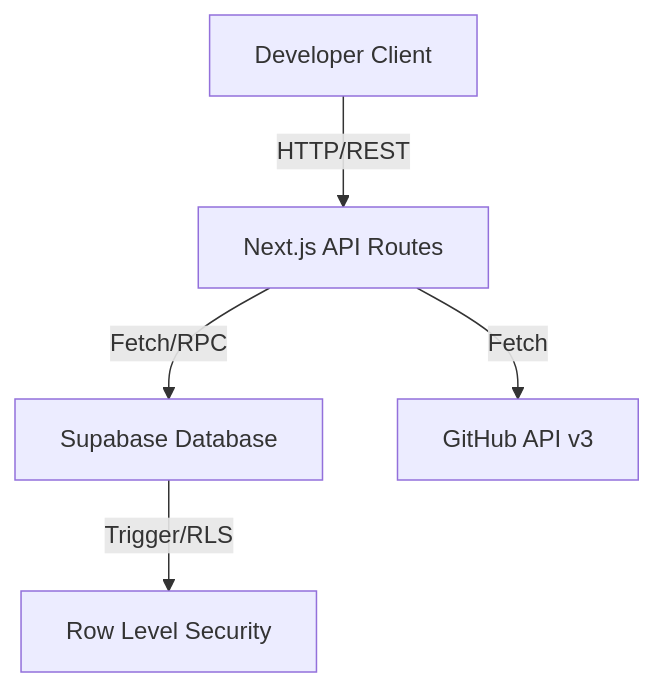
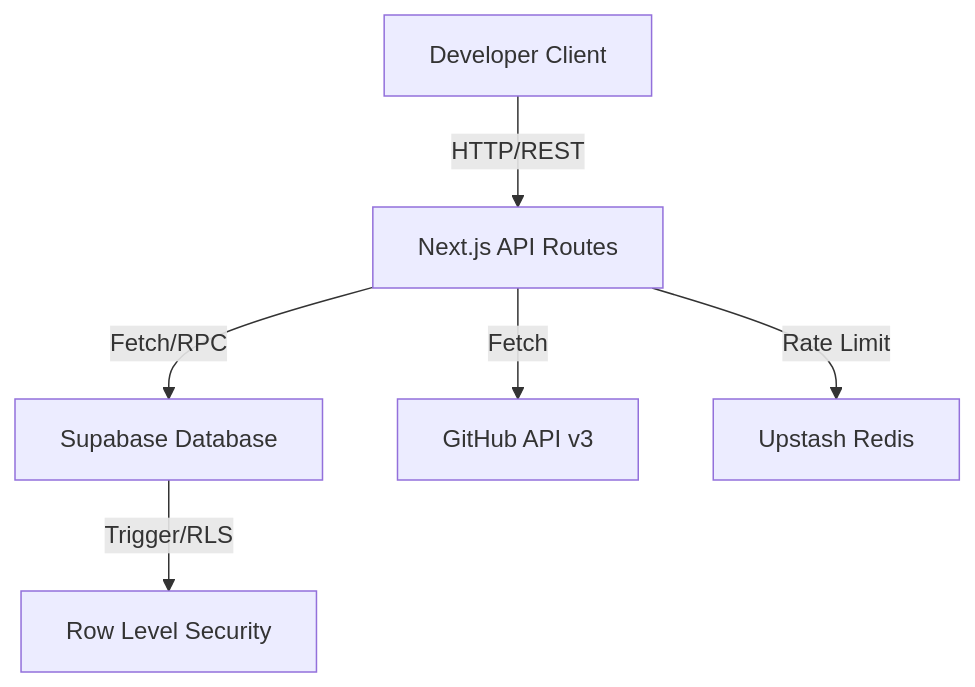
The diagram in docs/api-reference-architecture.md (DebasmitaBose0/ossfolio-Ed), drawn with Mermaid before and after one commit. The commit also changed other lines of this file and 2 other files, not shown here.

Commit message:
docs: update API reference, add SECURITY.md and system flow diagrams (Closes #424)

````diff
--- a/docs/api-reference-architecture.md
+++ b/docs/api-reference-architecture.md
@@ -7,7 +7,8 @@
 ```mermaid
 graph TD
   User[Developer Client] -->|HTTP/REST| API[Next.js API Routes]
   API -->|Fetch/RPC| DB[Supabase Database]
   API -->|Fetch| GH[GitHub API v3]
+  API -->|Rate Limit| RL[Upstash Redis]
   DB -->|Trigger/RLS| RLS[Row Level Security]
 ```
````
